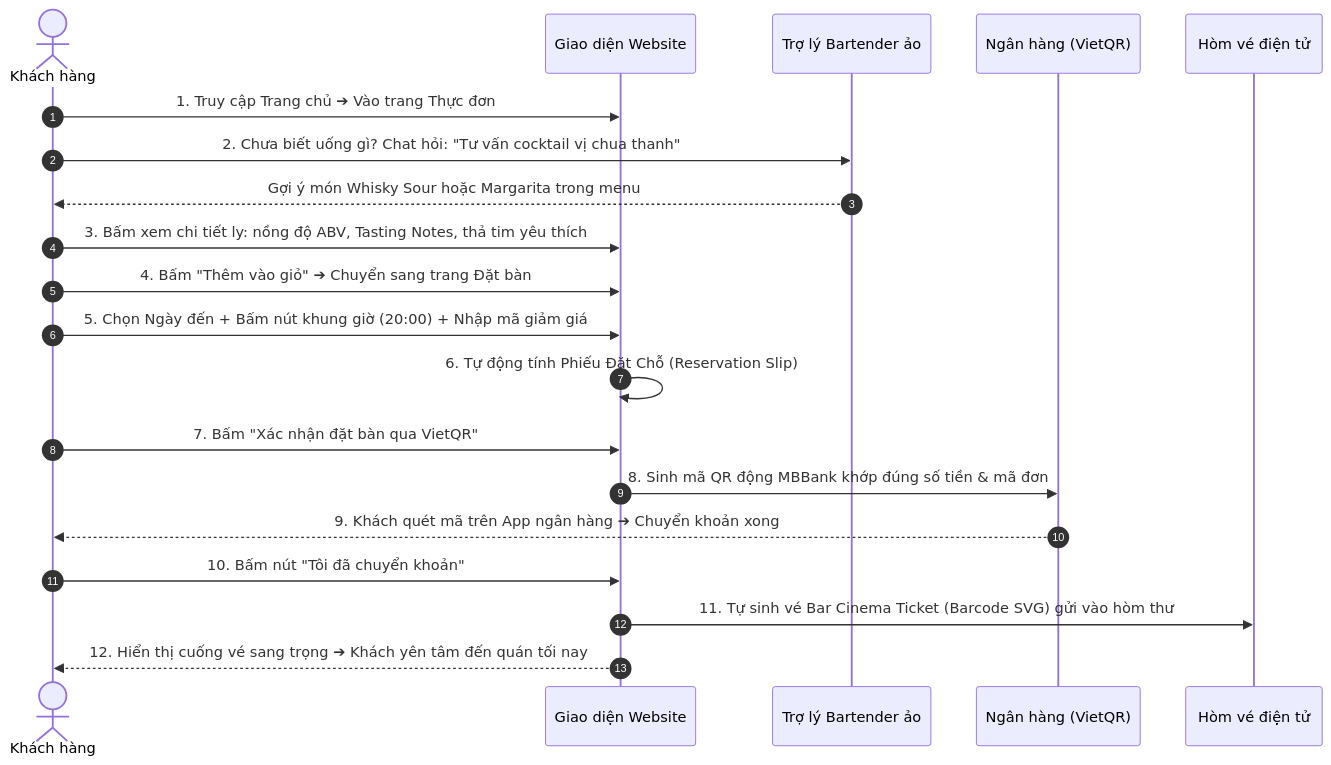
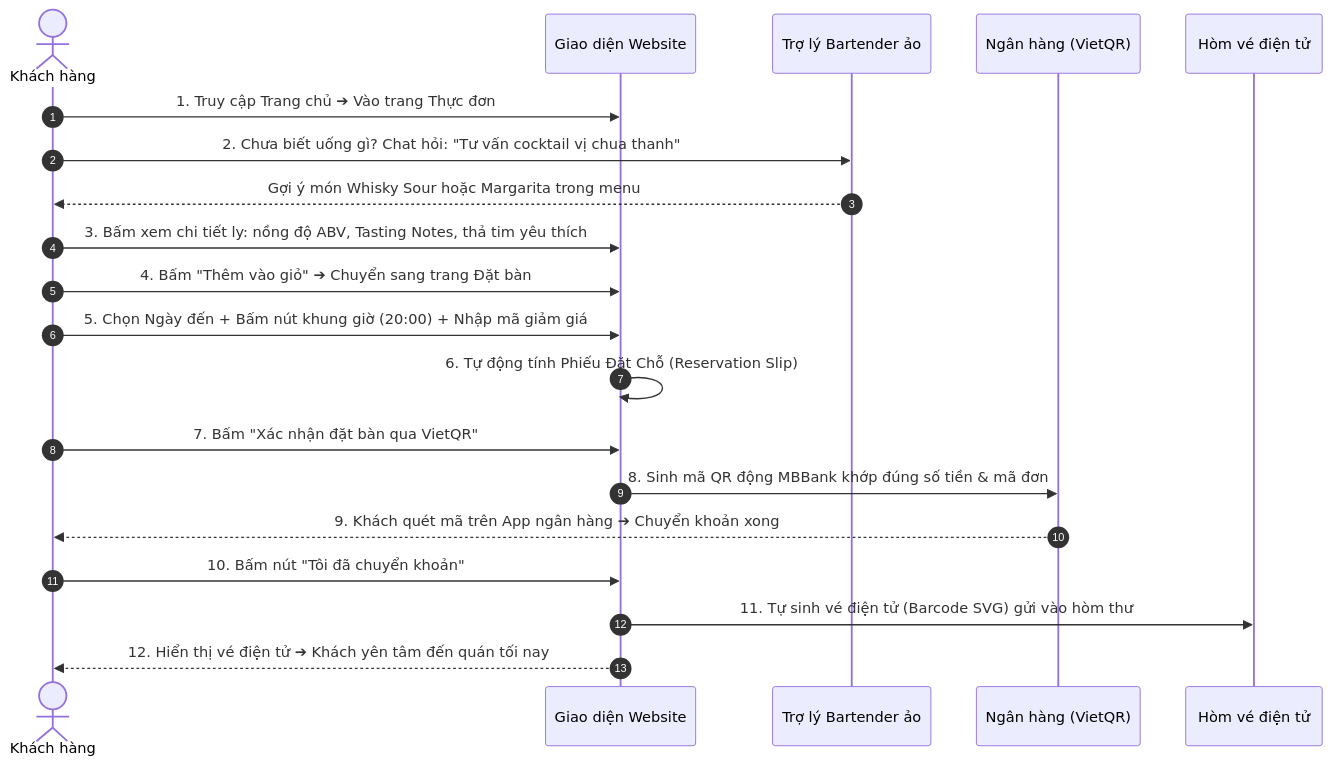
One commit to krvin2007/CocktailBar changed the second of 4 diagrams in BAN_THIET_KE_WORKFLOW_BAN_DAU.md. Above: the diagram before and after it, drawn with Mermaid. The commit also changed other lines of this file and 1 other file, not shown here.

````diff
--- a/BAN_THIET_KE_WORKFLOW_BAN_DAU.md
+++ b/BAN_THIET_KE_WORKFLOW_BAN_DAU.md
@@ -59,23 +60,23 @@
 ```mermaid
 sequenceDiagram
     autonumber
     actor Khach as Khách hàng
     participant Web as Giao diện Website
     participant AI as Trợ lý Bartender ảo
     participant Bank as Ngân hàng (VietQR)
     participant Mail as Hòm vé điện tử
 
     Khach->>Web: 1. Truy cập Trang chủ ➔ Vào trang Thực đơn
     Khach->>AI: 2. Chưa biết uống gì? Chat hỏi: "Tư vấn cocktail vị chua thanh"
     AI-->>Khach: Gợi ý món Whisky Sour hoặc Margarita trong menu
     Khach->>Web: 3. Bấm xem chi tiết ly: nồng độ ABV, Tasting Notes, thả tim yêu thích
     Khach->>Web: 4. Bấm "Thêm vào giỏ" ➔ Chuyển sang trang Đặt bàn
     Khach->>Web: 5. Chọn Ngày đến + Bấm nút khung giờ (20:00) + Nhập mã giảm giá
     Web->>Web: 6. Tự động tính Phiếu Đặt Chỗ (Reservation Slip)
     Khach->>Web: 7. Bấm "Xác nhận đặt bàn qua VietQR"
     Web->>Bank: 8. Sinh mã QR động MBBank khớp đúng số tiền & mã đơn
     Bank-->>Khach: 9. Khách quét mã trên App ngân hàng ➔ Chuyển khoản xong
     Khach->>Web: 10. Bấm nút "Tôi đã chuyển khoản"
-    Web->>Mail: 11. Tự sinh vé Bar Cinema Ticket (Barcode SVG) gửi vào hòm thư
-    Web-->>Khach: 12. Hiển thị cuống vé sang trọng ➔ Khách yên tâm đến quán tối nay
+    Web->>Mail: 11. Tự sinh vé điện tử (Barcode SVG) gửi vào hòm thư
+    Web-->>Khach: 12. Hiển thị vé điện tử ➔ Khách yên tâm đến quán tối nay
 ```
````
